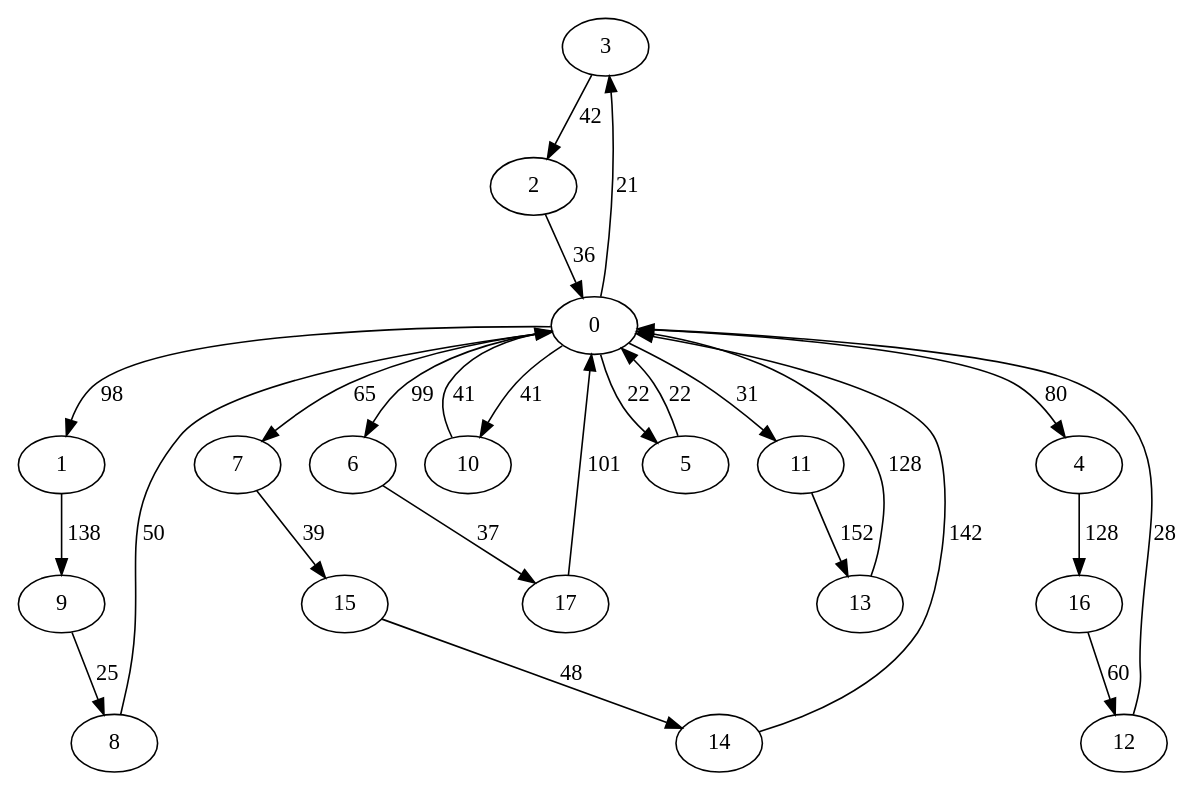
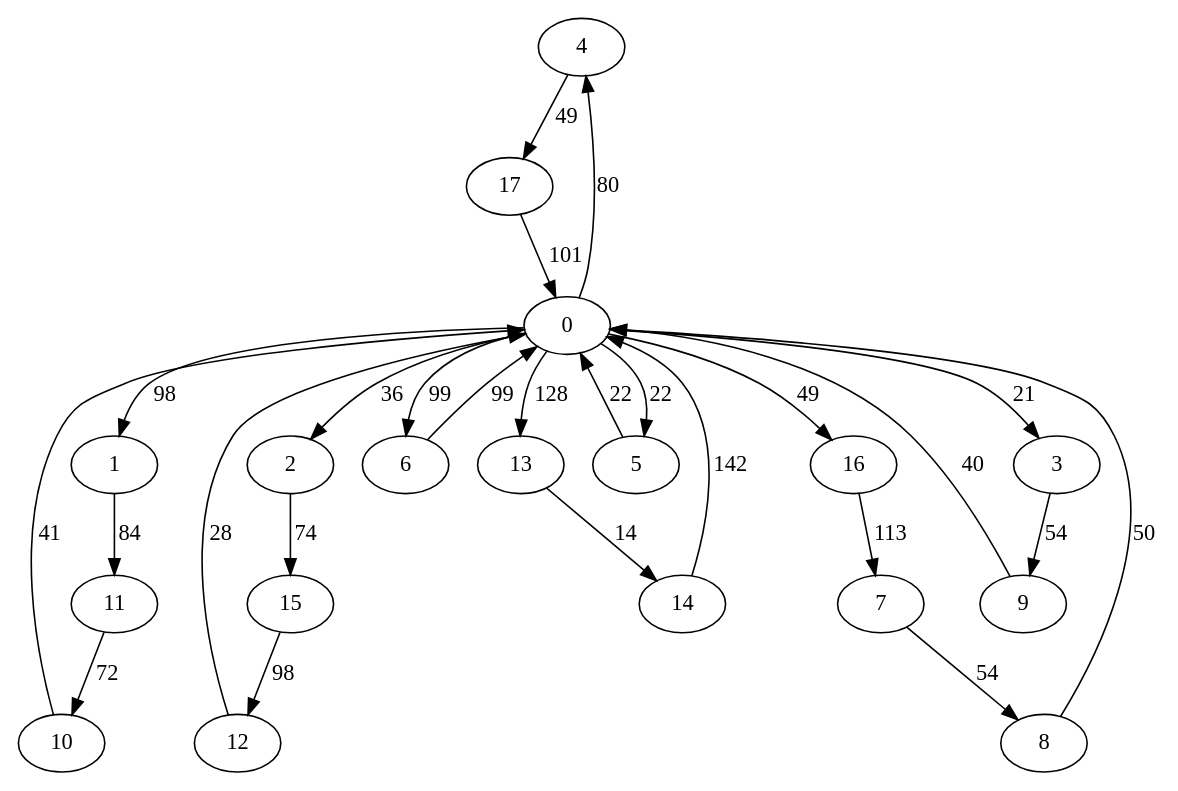
One commit to akosej/vehicle_routing changed the diagram in grafos/iteration8.dot. Above: the diagram before and after it, drawn with Graphviz. The commit also changed 9 other files, not shown here.

```diff
--- a/grafos/iteration8.dot
+++ b/grafos/iteration8.dot
@@ -1,46 +1,46 @@
 digraph G {
-	3->2[ label=42 ];
-	2->0[ label=36 ];
-	1->9[ label=138 ];
+	4->17[ label=49 ];
+	10->0[ label=41 ];
+	2->15[ label=74 ];
+	15->12[ label=98 ];
+	13->14[ label=14 ];
+	11->10[ label=72 ];
+	16->7[ label=113 ];
+	8->0[ label=50 ];
+	6->0[ label=99 ];
+	1->11[ label=84 ];
+	7->8[ label=54 ];
+	5->0[ label=22 ];
+	0->4[ label=80 ];
+	0->1[ label=98 ];
+	0->16[ label=49 ];
+	0->3[ label=21 ];
+	0->6[ label=99 ];
+	0->5[ label=22 ];
+	0->13[ label=128 ];
+	0->2[ label=36 ];
+	14->0[ label=142 ];
+	17->0[ label=101 ];
 	12->0[ label=28 ];
-	13->0[ label=128 ];
-	6->17[ label=37 ];
-	7->15[ label=39 ];
-	14->0[ label=142 ];
-	8->0[ label=50 ];
-	11->13[ label=152 ];
-	10->0[ label=41 ];
-	17->0[ label=101 ];
-	4->16[ label=128 ];
-	0->6[ label=99 ];
-	0->3[ label=21 ];
-	0->10[ label=41 ];
-	0->1[ label=98 ];
-	0->4[ label=80 ];
-	0->11[ label=31 ];
-	0->5[ label=22 ];
-	0->7[ label=65 ];
-	15->14[ label=48 ];
-	9->8[ label=25 ];
-	16->12[ label=60 ];
-	5->0[ label=22 ];
+	3->9[ label=54 ];
+	9->0[ label=40 ];
 	0 [ label=0 ];
 	1 [ label=1 ];
 	10 [ label=10 ];
 	11 [ label=11 ];
 	12 [ label=12 ];
 	13 [ label=13 ];
 	14 [ label=14 ];
 	15 [ label=15 ];
 	16 [ label=16 ];
 	17 [ label=17 ];
 	2 [ label=2 ];
 	3 [ label=3 ];
 	4 [ label=4 ];
 	5 [ label=5 ];
 	6 [ label=6 ];
 	7 [ label=7 ];
 	8 [ label=8 ];
 	9 [ label=9 ];
 
 }
```
